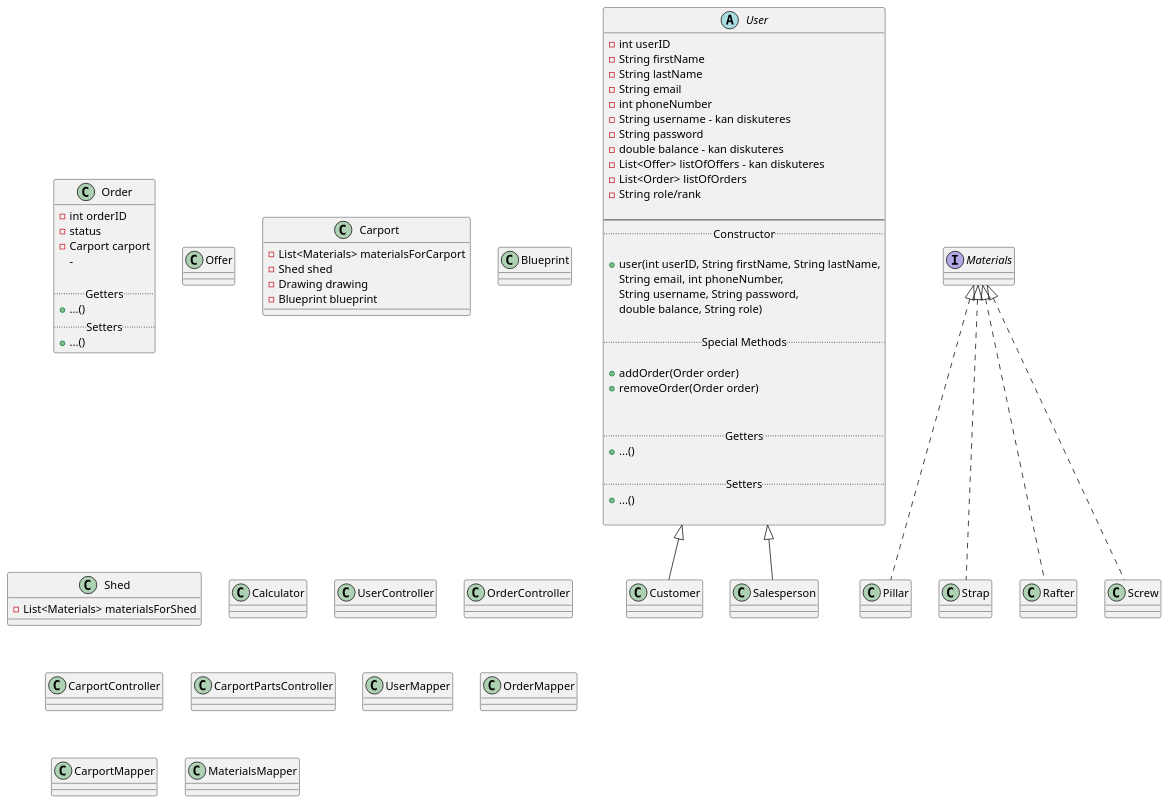
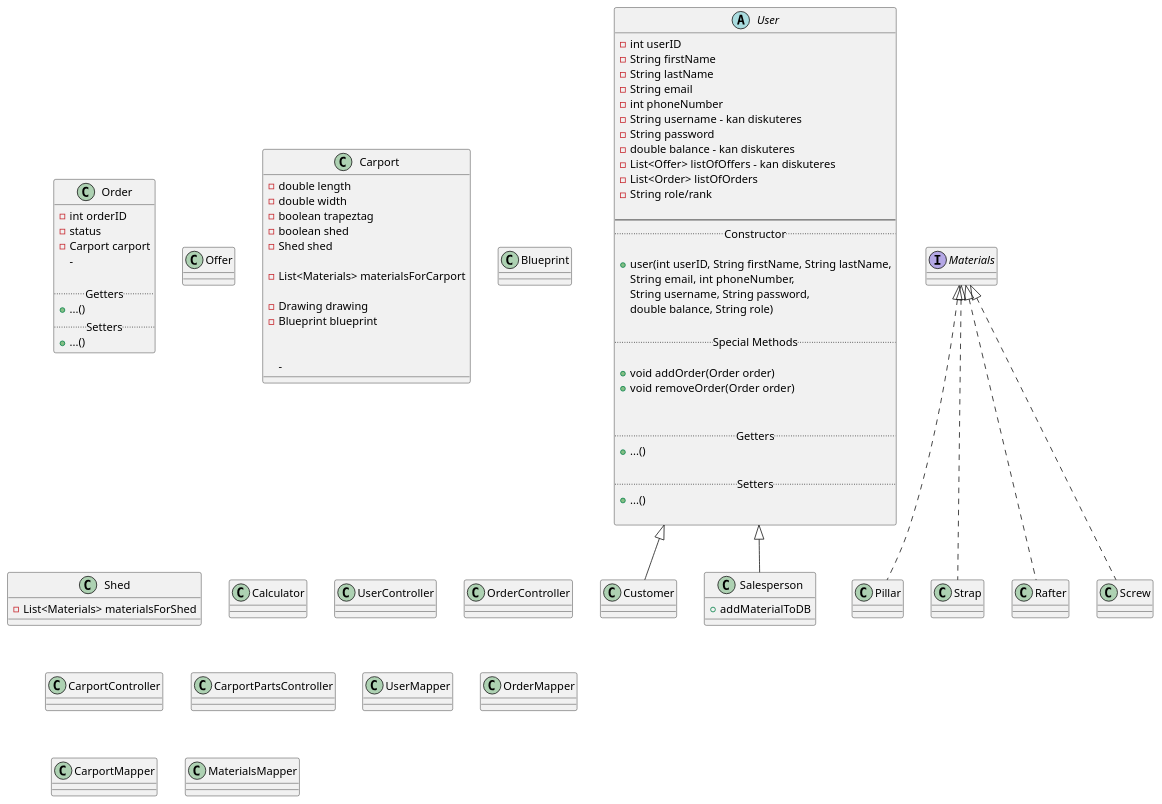
Before and after one commit to Laumh-exe/2SemEksamenOpgave: the diagram in doc/Analyse/PlantUML/KlasseDiagram.puml, drawn with PlantUML.

Commit message:
Class diagram - små tilføjelser

```diff
--- a/doc/Analyse/PlantUML/KlasseDiagram.puml
+++ b/doc/Analyse/PlantUML/KlasseDiagram.puml
@@ -1,106 +1,123 @@
 @startuml
 'https://plantuml.com/class-diagram
 
 abstract User{
     - int userID
     - String firstName
     - String lastName
     - String email
     - int phoneNumber
     - String username - kan diskuteres
     - String password
     - double balance - kan diskuteres
     - List<Offer> listOfOffers - kan diskuteres
     - List<Order> listOfOrders
     - String role/rank
 
     --
     ..Constructor..
 
     + user(int userID, String firstName, String lastName,
     String email, int phoneNumber,
     String username, String password,
     double balance, String role)
 
     ..Special Methods..
 
-    + addOrder(Order order)
-    + removeOrder(Order order)
+    + void addOrder(Order order)
+    + void removeOrder(Order order)
 
 
     ..Getters..
     + ...()
 
     ..Setters..
     + ...()
 
 }
 
 class Customer extends User {
 
+}
 
-}
+
 class Salesperson extends User {
+
+
+    + addMaterialToDB
 
 }
 
 
 
 class Order {
     - int orderID
     - status
     - Carport carport
     -
 
     ..Getters..
     + ...()
     ..Setters..
     + ...()
 }
 class Offer
 /'class Receipt'/
 class Carport {
 
+    - double length
+    - double width
+    - boolean trapeztag
+    - boolean shed
+    - Shed shed
+
     - List<Materials> materialsForCarport
-    - Shed shed
+
     - Drawing drawing
     - Blueprint blueprint
+
+
+    -
 }
 
 
 class Blueprint {
 }
 
 interface Materials{
 }
 
 class Pillar implements Materials{}
 class Strap implements Materials{}
 class Rafter implements Materials{}
 class Screw implements Materials{}
 
 
 class Shed {
     - List<Materials> materialsForShed
 }
+
+
+
+
 
 class Calculator {
 
 }
 
 class UserController
 class OrderController
 class CarportController
 class CarportPartsController
 
 class UserMapper
 class OrderMapper
 class CarportMapper
 class MaterialsMapper
 
 
 
 
 
 
 @enduml
```
